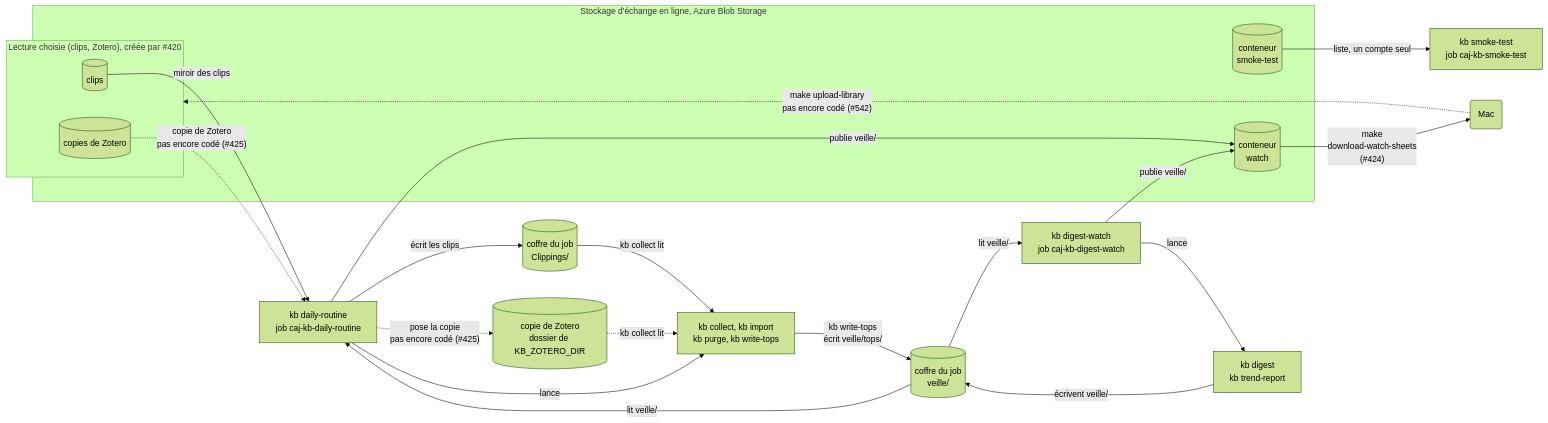
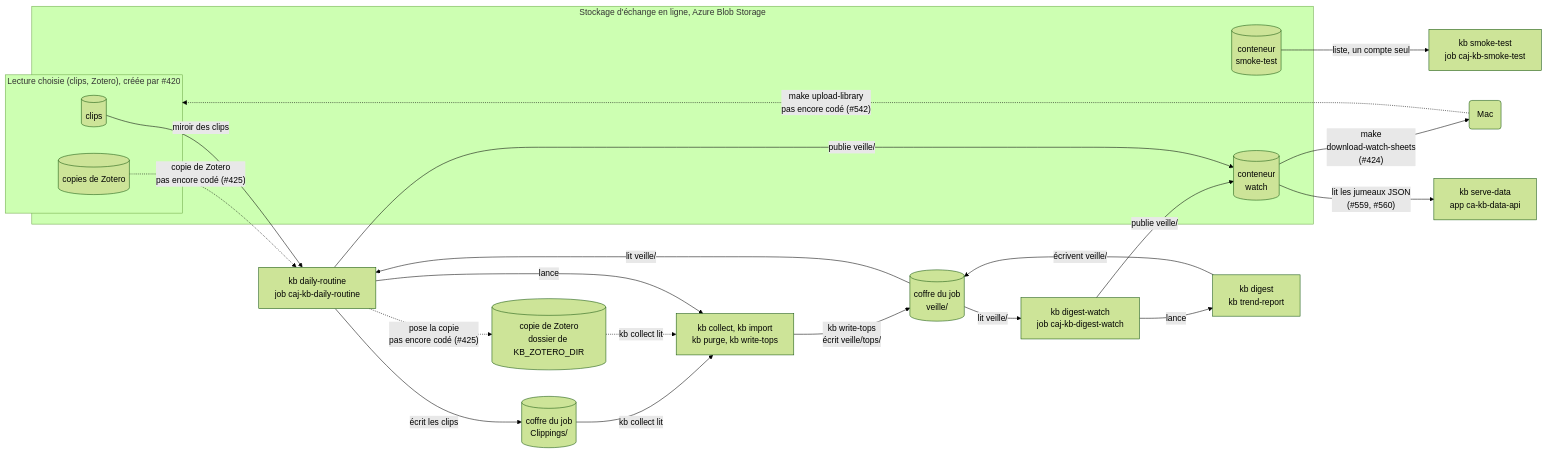
The third of 4 diagrams in documentation/architecture_pour_docu.md (SabineLaurent/K-B), drawn with Mermaid (forest theme) before and after one commit. The commit also changed other lines of this file and 1 other file, not shown here.

Commit message:
docs: format the architecture and installation sheets for the site, point them at fd956430 in one stamp, and apply the open findings of their review of 11/11 (issue 167)

````diff
--- a/documentation/architecture_pour_docu.md
+++ b/documentation/architecture_pour_docu.md
@@ -123,37 +194,41 @@
 ```mermaid
 flowchart LR
+    accTitle: Les jobs en ligne et le stockage d'échange
+    accDescr: Dans le stockage d'échange en ligne, kb smoke-test liste le conteneur smoke-test. kb daily-routine copie les clips du conteneur clippings dans le coffre du job, lance kb collect, kb import, kb purge et kb write-tops, puis publie veille dans le conteneur watch. kb digest-watch lance kb digest et kb trend-report, puis publie veille de même. L'API de données lit les jumeaux JSON de watch, et le Mac en copie les fiches. L'envoi des clips et de Zotero depuis le Mac et la copie de Zotero dans le job ne sont pas encore codés.
     subgraph exchange["Stockage d'échange en ligne, Azure Blob Storage"]
         smokeContainer[("conteneur<br>smoke-test")]
         subgraph choice["Lecture choisie (clips, Zotero), créée par #420"]
             choiceClips[("clips")]
             choiceZotero[("copies de Zotero")]
         end
         watchContainer[("conteneur<br>watch")]
     end
     mac("Mac")
     smokeTest["kb smoke-test<br>job caj-kb-smoke-test"]
     dailyRoutine["kb daily-routine<br>job caj-kb-daily-routine"]
     digestWatch["kb digest-watch<br>job caj-kb-digest-watch"]
+    dataApi["kb serve-data<br>app ca-kb-data-api"]
     clippings[("coffre du job<br>Clippings/")]
     zotero[("copie de Zotero<br>dossier de KB_ZOTERO_DIR")]
     vault[("coffre du job<br>veille/")]
     steps["kb collect, kb import<br>kb purge, kb write-tops"]
     digestSteps["kb digest<br>kb trend-report"]
     smokeContainer -->|"liste, un compte seul"| smokeTest
     mac -.->|"make upload-library<br>pas encore codé (#542)"| choice
     choiceClips -->|"miroir des clips"| dailyRoutine
     dailyRoutine -->|"écrit les clips"| clippings
     choiceZotero -.->|"copie de Zotero<br>pas encore codé (#425)"| dailyRoutine
     dailyRoutine -.->|"pose la copie<br>pas encore codé (#425)"| zotero
     dailyRoutine -->|"lance"| steps
     digestWatch -->|"lance"| digestSteps
     clippings -->|"kb collect lit"| steps
     zotero -.->|"kb collect lit"| steps
     steps -->|"kb write-tops<br>écrit veille/tops/"| vault
     digestSteps -->|"écrivent veille/"| vault
     vault -->|"lit veille/"| dailyRoutine
     vault -->|"lit veille/"| digestWatch
     dailyRoutine -->|"publie veille/"| watchContainer
     digestWatch -->|"publie veille/"| watchContainer
+    watchContainer -->|"lit les jumeaux JSON<br>(#559, #560)"| dataApi
     watchContainer -->|"make<br>download-watch-sheets<br>(#424)"| mac
 ```
````
